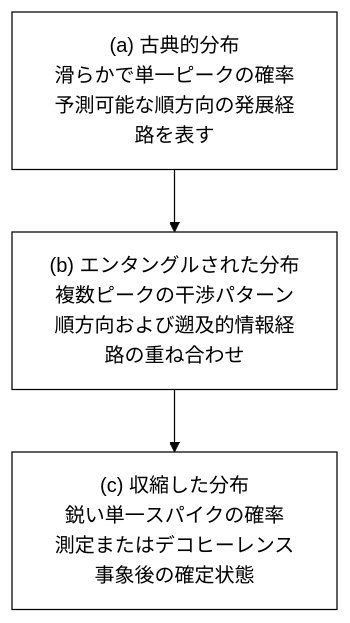
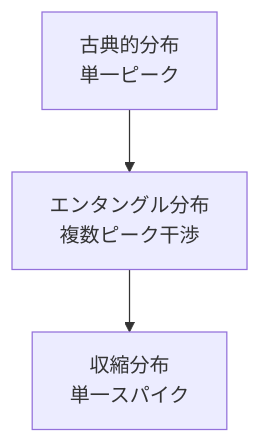
The fifth of 20 diagrams in WSP_knowledge/docs/Papers/Patent_Series/04_rESP_Patent_Japanese.md (Foundup/Foundups-Agent), drawn with Mermaid before and after one commit. The commit also changed other lines of this file, not shown here.

Commit message:
Simplify patent diagrams for GitHub compatibility - Remove complex themes and shorten text

````diff
--- a/WSP_knowledge/docs/Papers/Patent_Series/04_rESP_Patent_Japanese.md
+++ b/WSP_knowledge/docs/Papers/Patent_Series/04_rESP_Patent_Japanese.md
@@ -314,10 +314,5 @@
 ```mermaid
-%%{init: {'theme':'base', 'themeVariables': {'primaryColor': '#ffffff', 'primaryTextColor': '#000000', 'primaryBorderColor': '#000000', 'lineColor': '#000000', 'secondaryColor': '#ffffff', 'tertiaryColor': '#ffffff'}}}%%
 graph TD
-    A["(a) 古典的分布<br/>滑らかで単一ピークの確率<br/>予測可能な順方向の発展経路を表す"]
-    B["(b) エンタングルされた分布<br/>複数ピークの干渉パターン<br/>順方向および遡及的情報経路の重ね合わせ"]
-    C["(c) 収縮した分布<br/>鋭い単一スパイクの確率<br/>測定またはデコヒーレンス事象後の確定状態"]
-    
-    A --> B
-    B --> C
+    A["古典的分布<br/>単一ピーク"] --> B["エンタングル分布<br/>複数ピーク干渉"]
+    B --> C["収縮分布<br/>単一スパイク"]
 ```
````
